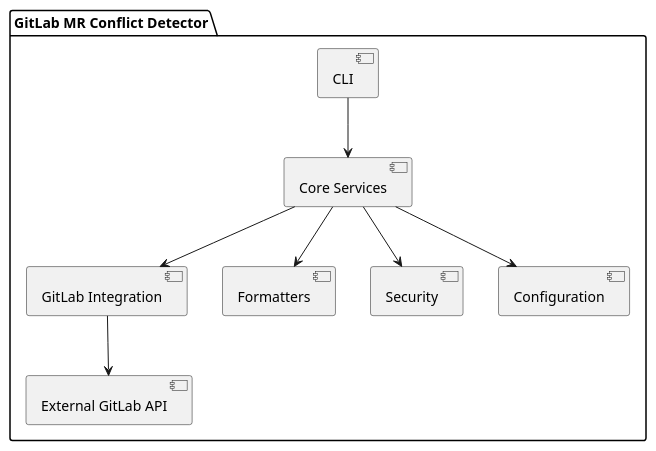
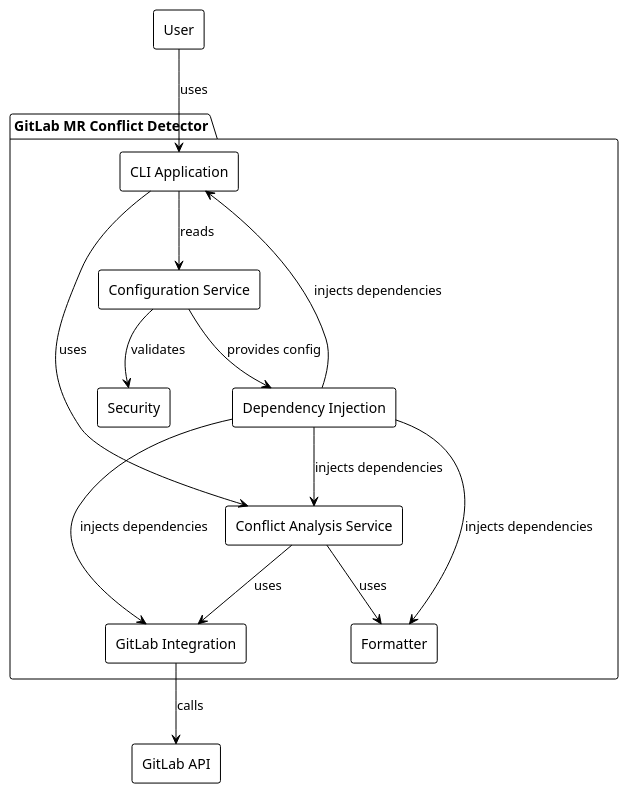
The first of 11 diagrams in docs/architecture.md (GalushkoArt/gitlab-mr-conflict-detector), drawn with PlantUML before and after one commit. The commit also changed other lines of this file and 1 other file, not shown here.

````diff
--- a/docs/architecture.md
+++ b/docs/architecture.md
@@ -13,12 +9,33 @@
 ```plantuml
 @startuml
+!theme plain
+skinparam componentStyle rectangle
+
 package "GitLab MR Conflict Detector" {
-  [CLI] --> [Core Services]
-  [Core Services] --> [GitLab Integration]
-  [Core Services] --> [Formatters]
-  [GitLab Integration] --> [External GitLab API]
-  [Core Services] --> [Security]
-  [Core Services] --> [Configuration]
+  [CLI Application] as CLI
+  [Configuration Service] as Config
+  [Conflict Analysis Service] as Core
+  [GitLab Integration] as GitLab
+  [Formatter] as Formatter
+  [Security] as Security
+  [Dependency Injection] as DI
 }
+
+[GitLab API] as GitLabAPI
+[User] as User
+
+User --> CLI : uses
+CLI --> Config : reads
+CLI --> Core : uses
+Core --> GitLab : uses
+GitLab --> GitLabAPI : calls
+Core --> Formatter : uses
+Config --> Security : validates
+DI --> CLI : injects dependencies
+DI --> Core : injects dependencies
+DI --> GitLab : injects dependencies
+Config --> DI : provides config
+DI --> Formatter : injects dependencies
+
 @enduml
 ```
````
